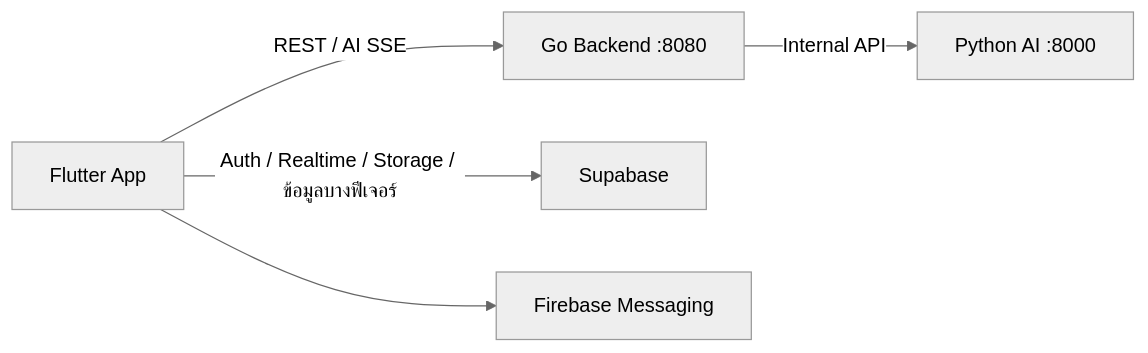
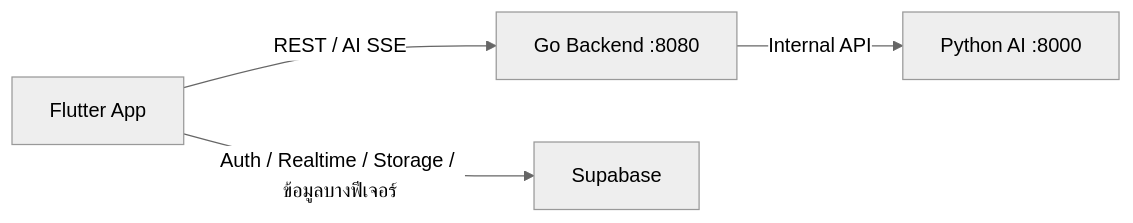
Before and after one commit to chn-benmat/yuemnoi_app: the diagram in frontend/README.md, drawn with Mermaid (neutral theme). The commit also changed other lines of this file and 69 other files, not shown here.

````diff
--- a/frontend/README.md
+++ b/frontend/README.md
@@ -44,7 +44,6 @@
 ```mermaid
 flowchart LR
     App["Flutter App"] -->|"REST / AI SSE"| Go["Go Backend :8080"]
     App -->|"Auth / Realtime / Storage / ข้อมูลบางฟีเจอร์"| SB["Supabase"]
     Go -->|"Internal API"| AI["Python AI :8000"]
-    App --> FCM["Firebase Messaging"]
 ```
````
